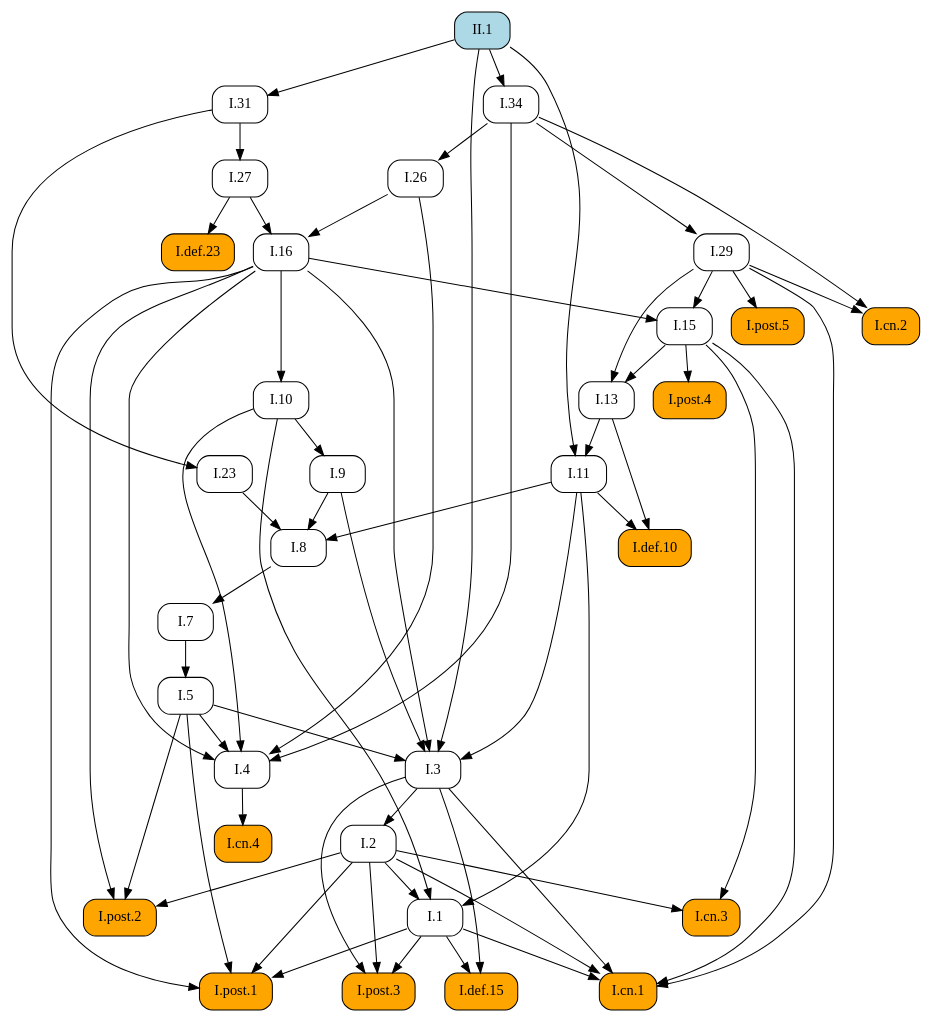
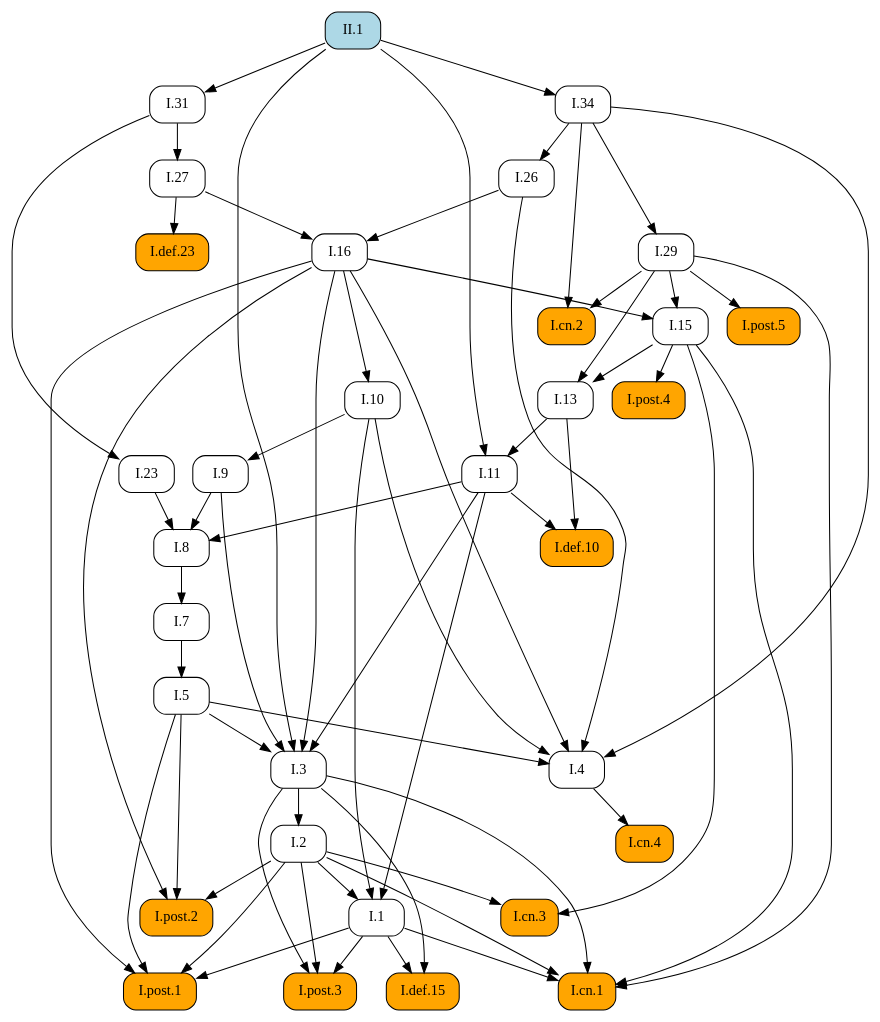
The diagram in docsrc/heath/II/1/index.rst (geometor/elements), drawn with Graphviz before and after one commit. The commit also changed other lines of this file and 1029 other files, not shown here.

```diff
--- a/docsrc/heath/II/1/index.rst
+++ b/docsrc/heath/II/1/index.rst
@@ -50,98 +50,98 @@
    digraph {
      rankdir="TB";
      node [shape=box, style=rounded];
+     "I.def.10" [style="rounded,filled", fillcolor=orange, URL="/heath/I/def.10/", target="_top"];
+     "I.11" [URL="/heath/I/11/", target="_top"];
+     "I.post.4" [style="rounded,filled", fillcolor=orange, URL="/heath/I/post.4/", target="_top"];
+     "I.1" [URL="/heath/I/1/", target="_top"];
+     "I.27" [URL="/heath/I/27/", target="_top"];
+     "I.26" [URL="/heath/I/26/", target="_top"];
+     "I.7" [URL="/heath/I/7/", target="_top"];
+     "I.34" [URL="/heath/I/34/", target="_top"];
+     "I.3" [URL="/heath/I/3/", target="_top"];
+     "I.2" [URL="/heath/I/2/", target="_top"];
+     "I.4" [URL="/heath/I/4/", target="_top"];
+     "I.def.23" [style="rounded,filled", fillcolor=orange, URL="/heath/I/def.23/", target="_top"];
+     "I.29" [URL="/heath/I/29/", target="_top"];
      "I.13" [URL="/heath/I/13/", target="_top"];
-     "I.cn.3" [style="rounded,filled", fillcolor=orange, URL="/heath/I/cn.3/", target="_top"];
      "I.cn.2" [style="rounded,filled", fillcolor=orange, URL="/heath/I/cn.2/", target="_top"];
-     "I.5" [URL="/heath/I/5/", target="_top"];
-     "I.11" [URL="/heath/I/11/", target="_top"];
-     "I.29" [URL="/heath/I/29/", target="_top"];
-     "I.7" [URL="/heath/I/7/", target="_top"];
-     "I.10" [URL="/heath/I/10/", target="_top"];
-     "I.4" [URL="/heath/I/4/", target="_top"];
-     "I.27" [URL="/heath/I/27/", target="_top"];
-     "I.def.23" [style="rounded,filled", fillcolor=orange, URL="/heath/I/def.23/", target="_top"];
-     "I.3" [URL="/heath/I/3/", target="_top"];
+     "I.31" [URL="/heath/I/31/", target="_top"];
+     "I.post.2" [style="rounded,filled", fillcolor=orange, URL="/heath/I/post.2/", target="_top"];
      "I.16" [URL="/heath/I/16/", target="_top"];
-     "I.34" [URL="/heath/I/34/", target="_top"];
-     "I.31" [URL="/heath/I/31/", target="_top"];
-     "I.8" [URL="/heath/I/8/", target="_top"];
+     "I.def.15" [style="rounded,filled", fillcolor=orange, URL="/heath/I/def.15/", target="_top"];
      "I.9" [URL="/heath/I/9/", target="_top"];
-     "I.def.10" [style="rounded,filled", fillcolor=orange, URL="/heath/I/def.10/", target="_top"];
-     "I.post.4" [style="rounded,filled", fillcolor=orange, URL="/heath/I/post.4/", target="_top"];
-     "I.post.2" [style="rounded,filled", fillcolor=orange, URL="/heath/I/post.2/", target="_top"];
-     "I.2" [URL="/heath/I/2/", target="_top"];
-     "I.def.15" [style="rounded,filled", fillcolor=orange, URL="/heath/I/def.15/", target="_top"];
-     "I.1" [URL="/heath/I/1/", target="_top"];
      "I.post.3" [style="rounded,filled", fillcolor=orange, URL="/heath/I/post.3/", target="_top"];
      "II.1" [style="rounded,filled", fillcolor=lightblue, URL="/heath/II/1/", target="_top"];
+     "I.cn.1" [style="rounded,filled", fillcolor=orange, URL="/heath/I/cn.1/", target="_top"];
+     "I.cn.3" [style="rounded,filled", fillcolor=orange, URL="/heath/I/cn.3/", target="_top"];
+     "I.8" [URL="/heath/I/8/", target="_top"];
+     "I.cn.4" [style="rounded,filled", fillcolor=orange, URL="/heath/I/cn.4/", target="_top"];
+     "I.23" [URL="/heath/I/23/", target="_top"];
+     "I.15" [URL="/heath/I/15/", target="_top"];
+     "I.post.5" [style="rounded,filled", fillcolor=orange, URL="/heath/I/post.5/", target="_top"];
      "I.post.1" [style="rounded,filled", fillcolor=orange, URL="/heath/I/post.1/", target="_top"];
-     "I.post.5" [style="rounded,filled", fillcolor=orange, URL="/heath/I/post.5/", target="_top"];
-     "I.cn.4" [style="rounded,filled", fillcolor=orange, URL="/heath/I/cn.4/", target="_top"];
-     "I.26" [URL="/heath/I/26/", target="_top"];
-     "I.15" [URL="/heath/I/15/", target="_top"];
-     "I.cn.1" [style="rounded,filled", fillcolor=orange, URL="/heath/I/cn.1/", target="_top"];
-     "I.23" [URL="/heath/I/23/", target="_top"];
-     "I.15" -> "I.13";
-     "I.29" -> "I.13";
-     "I.2" -> "I.cn.3";
-     "I.15" -> "I.cn.3";
-     "I.29" -> "I.cn.2";
-     "I.34" -> "I.cn.2";
-     "I.7" -> "I.5";
+     "I.10" [URL="/heath/I/10/", target="_top"];
+     "I.5" [URL="/heath/I/5/", target="_top"];
+     "I.11" -> "I.def.10";
+     "I.13" -> "I.def.10";
      "I.13" -> "I.11";
      "II.1" -> "I.11";
-     "I.34" -> "I.29";
+     "I.15" -> "I.post.4";
+     "I.2" -> "I.1";
+     "I.10" -> "I.1";
+     "I.11" -> "I.1";
+     "I.31" -> "I.27";
+     "I.34" -> "I.26";
      "I.8" -> "I.7";
-     "I.16" -> "I.10";
+     "II.1" -> "I.34";
+     "I.5" -> "I.3";
+     "I.9" -> "I.3";
+     "I.11" -> "I.3";
+     "I.16" -> "I.3";
+     "II.1" -> "I.3";
+     "I.3" -> "I.2";
      "I.5" -> "I.4";
      "I.10" -> "I.4";
      "I.16" -> "I.4";
      "I.26" -> "I.4";
      "I.34" -> "I.4";
-     "I.31" -> "I.27";
      "I.27" -> "I.def.23";
-     "I.5" -> "I.3";
-     "I.9" -> "I.3";
-     "I.11" -> "I.3";
-     "I.16" -> "I.3";
-     "II.1" -> "I.3";
-     "I.26" -> "I.16";
-     "I.27" -> "I.16";
-     "II.1" -> "I.34";
+     "I.34" -> "I.29";
+     "I.15" -> "I.13";
+     "I.29" -> "I.13";
+     "I.29" -> "I.cn.2";
+     "I.34" -> "I.cn.2";
      "II.1" -> "I.31";
-     "I.9" -> "I.8";
-     "I.11" -> "I.8";
-     "I.23" -> "I.8";
-     "I.10" -> "I.9";
-     "I.11" -> "I.def.10";
-     "I.13" -> "I.def.10";
-     "I.15" -> "I.post.4";
      "I.2" -> "I.post.2";
      "I.5" -> "I.post.2";
      "I.16" -> "I.post.2";
-     "I.3" -> "I.2";
+     "I.26" -> "I.16";
+     "I.27" -> "I.16";
      "I.1" -> "I.def.15";
      "I.3" -> "I.def.15";
-     "I.2" -> "I.1";
-     "I.10" -> "I.1";
-     "I.11" -> "I.1";
+     "I.10" -> "I.9";
      "I.1" -> "I.post.3";
      "I.2" -> "I.post.3";
      "I.3" -> "I.post.3";
-     "I.1" -> "I.post.1";
-     "I.2" -> "I.post.1";
-     "I.5" -> "I.post.1";
-     "I.16" -> "I.post.1";
-     "I.29" -> "I.post.5";
-     "I.4" -> "I.cn.4";
-     "I.34" -> "I.26";
-     "I.16" -> "I.15";
-     "I.29" -> "I.15";
      "I.1" -> "I.cn.1";
      "I.2" -> "I.cn.1";
      "I.3" -> "I.cn.1";
      "I.15" -> "I.cn.1";
      "I.29" -> "I.cn.1";
+     "I.2" -> "I.cn.3";
+     "I.15" -> "I.cn.3";
+     "I.9" -> "I.8";
+     "I.11" -> "I.8";
+     "I.23" -> "I.8";
+     "I.4" -> "I.cn.4";
      "I.31" -> "I.23";
+     "I.16" -> "I.15";
+     "I.29" -> "I.15";
+     "I.29" -> "I.post.5";
+     "I.1" -> "I.post.1";
+     "I.2" -> "I.post.1";
+     "I.5" -> "I.post.1";
+     "I.16" -> "I.post.1";
+     "I.16" -> "I.10";
+     "I.7" -> "I.5";
    }
```
